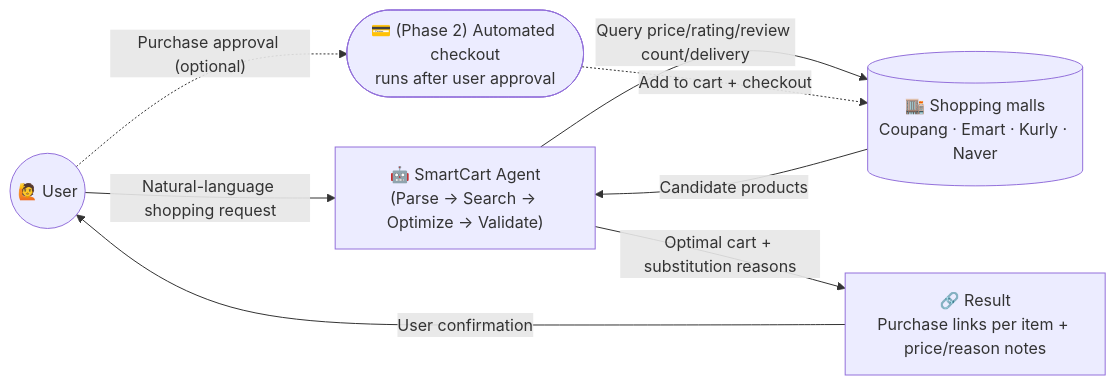
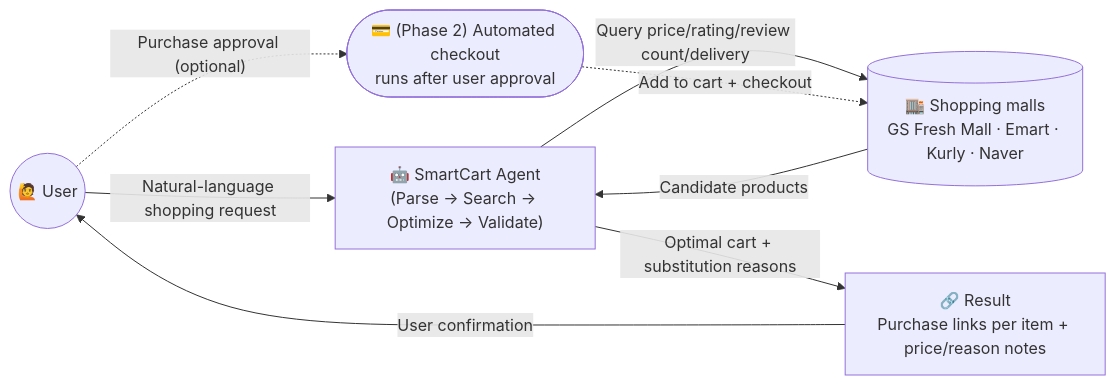
One commit to ace19-dev/SmartCart_Agent changed the first of 4 diagrams in README.en.md. Above: the diagram before and after it, drawn with Mermaid. The commit also changed other lines of this file and 10 other files, not shown here.

First line of the commit message:
Exclude Coupang from shopping mall integrations

````diff
--- a/README.en.md
+++ b/README.en.md
@@ -135,16 +135,16 @@
 ```mermaid
 flowchart LR
     User(("🙋 User"))
     Agent["🤖 SmartCart Agent<br/>(Parse → Search → Optimize → Validate)"]
-    Malls[("🏬 Shopping malls<br/>Coupang · Emart · Kurly · Naver")]
+    Malls[("🏬 Shopping malls<br/>GS Fresh Mall · Emart · Kurly · Naver")]
     Result["🔗 Result<br/>Purchase links per item + price/reason notes"]
     Checkout(["💳 (Phase 2) Automated checkout<br/>runs after user approval"])
 
     User -- "Natural-language shopping request" --> Agent
     Agent -- "Query price/rating/review count/delivery" --> Malls
     Malls -- "Candidate products" --> Agent
     Agent -- "Optimal cart + substitution reasons" --> Result
     Result -- "User confirmation" --> User
     User -. "Purchase approval (optional)" .-> Checkout
     Checkout -. "Add to cart + checkout" .-> Malls
 ```
````
